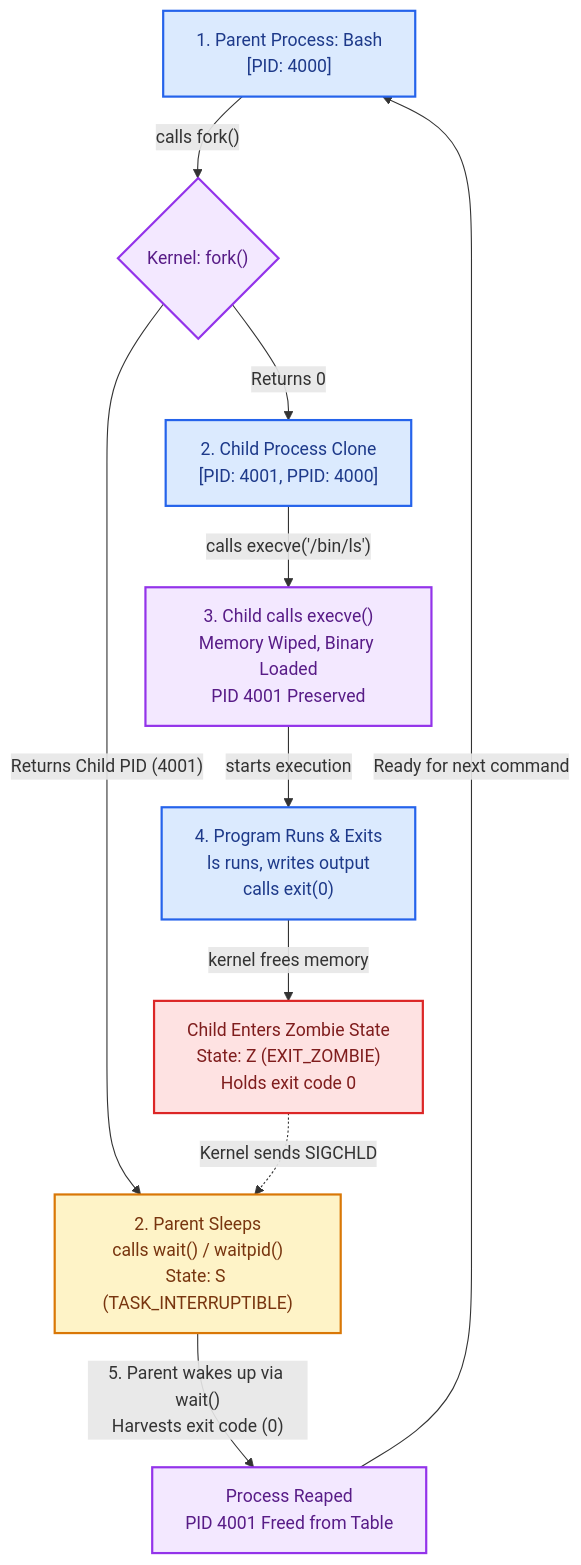
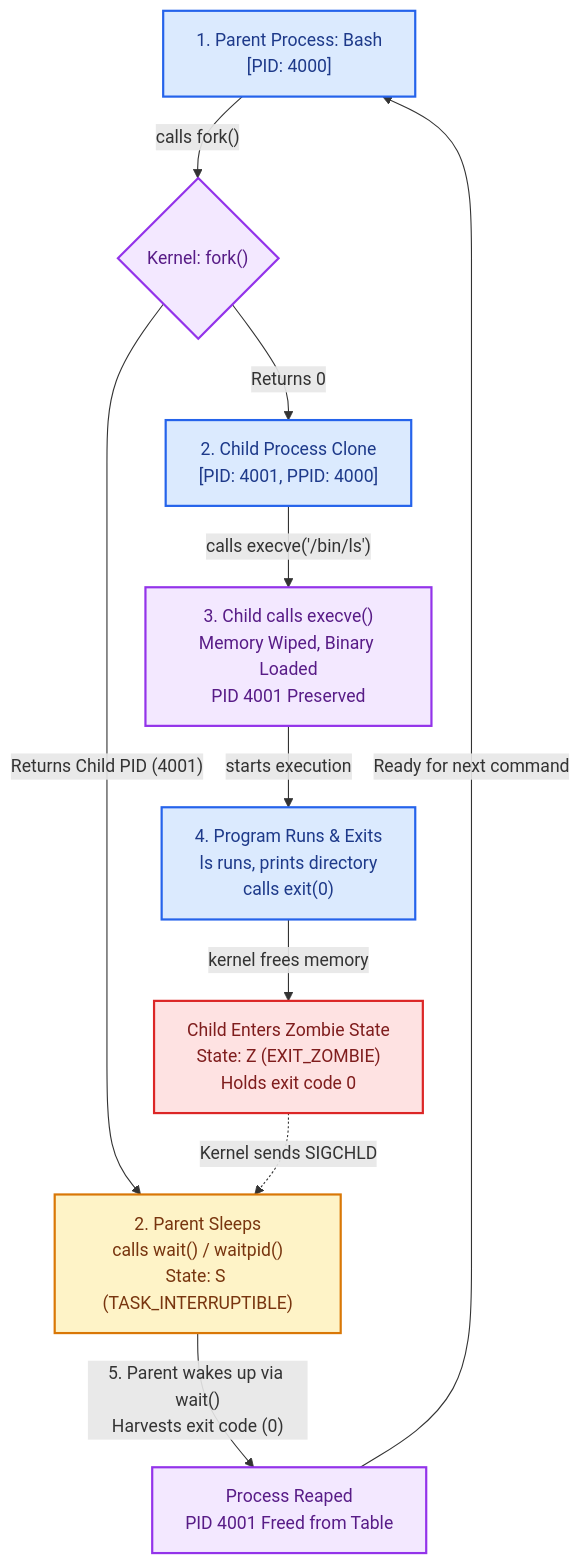
One commit to isswansalty-tech/day-01-linux-processes changed the diagram in day-01-linux-processes.md. Above: the diagram before and after it, drawn with Mermaid. The commit also changed other lines of this file, not shown here.

````diff
--- a/day-01-linux-processes.md
+++ b/day-01-linux-processes.md
@@ -203,35 +127,35 @@
 ```mermaid
 flowchart TD
-    %% Execution Loop Sequence
+    %% Execution Loop
     ParentBash["1. Parent Process: Bash<br>[PID: 4000]"] -->|"calls fork()"| SyscallFork{"Kernel: fork()"}
     
     %% Fork Branches
     SyscallFork -->|"Returns Child PID (4001)"| ParentSleep["2. Parent Sleeps<br>calls wait() / waitpid()<br>State: S (TASK_INTERRUPTIBLE)"]
     SyscallFork -->|"Returns 0"| ChildClone["2. Child Process Clone<br>[PID: 4001, PPID: 4000]"]
     
     %% Child Transformation
     ChildClone -->|"calls execve('/bin/ls')"| ExecveTransition["3. Child calls execve()<br>Memory Wiped, Binary Loaded<br>PID 4001 Preserved"]
     
     %% Running and Exit
-    ExecveTransition -->|"starts execution"| ProgramRun["4. Program Runs & Exits<br>ls runs, writes output<br>calls exit(0)"]
+    ExecveTransition -->|"starts execution"| ProgramRun["4. Program Runs & Exits<br>ls runs, prints directory<br>calls exit(0)"]
     
     %% Zombie and Signal
     ProgramRun -->|"kernel frees memory"| ZombieState["Child Enters Zombie State<br>State: Z (EXIT_ZOMBIE)<br>Holds exit code 0"]
     
     %% Wakeup and Reap
     ZombieState -.->|"Kernel sends SIGCHLD"| ParentSleep
     ParentSleep -->|"5. Parent wakes up via wait()<br>Harvests exit code (0)"| Reaped["Process Reaped<br>PID 4001 Freed from Table"]
     Reaped -->|"Ready for next command"| ParentBash
 
-    %% Theme-agnostic class styles for GitHub light and dark mode
+    %% Clean theme-agnostic styling
     classDef default fill:#f8fafc,stroke:#475569,stroke-width:1px,color:#0f172a;
     classDef highlight fill:#dbeafe,stroke:#2563eb,stroke-width:2px,color:#1e3a8a;
     classDef kernel fill:#f3e8ff,stroke:#9333ea,stroke-width:2px,color:#581c87;
     classDef waiting fill:#fef3c7,stroke:#d97706,stroke-width:2px,color:#78350f;
     classDef dead fill:#fee2e2,stroke:#dc2626,stroke-width:2px,color:#7f1d1d;
 
     class ParentBash,ChildClone,ProgramRun highlight;
     class SyscallFork,ExecveTransition,Reaped kernel;
     class ParentSleep waiting;
     class ZombieState dead;
 ```
````
